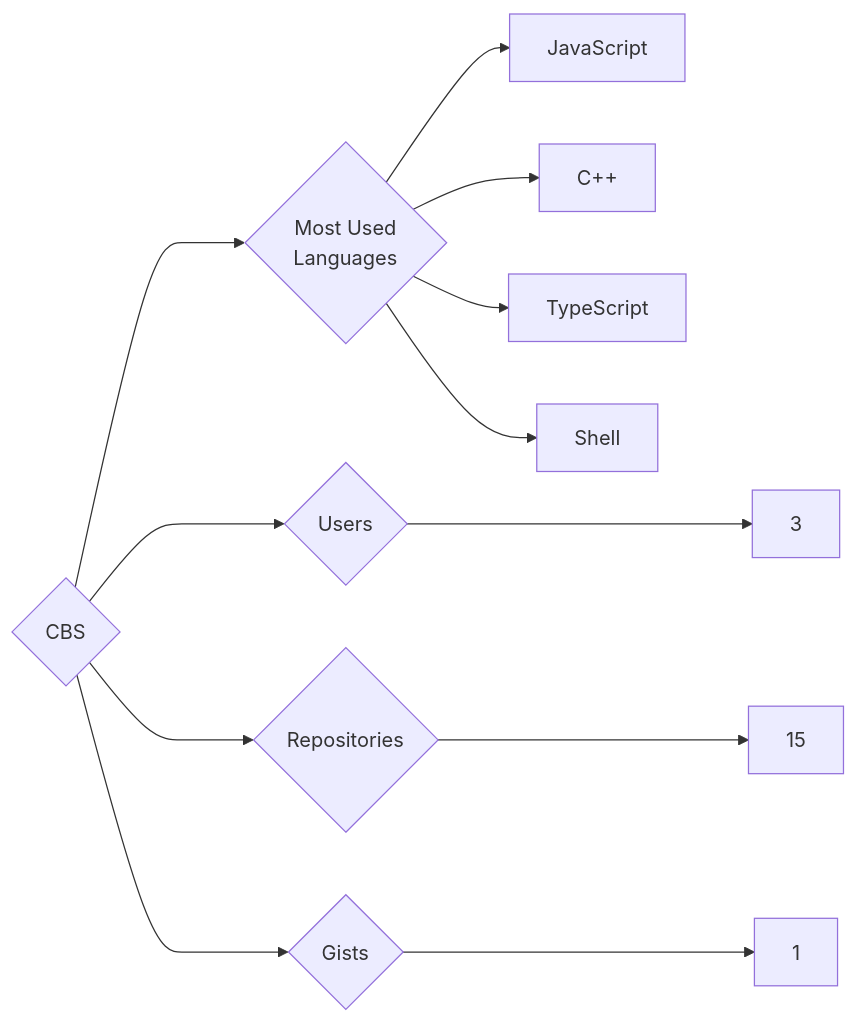
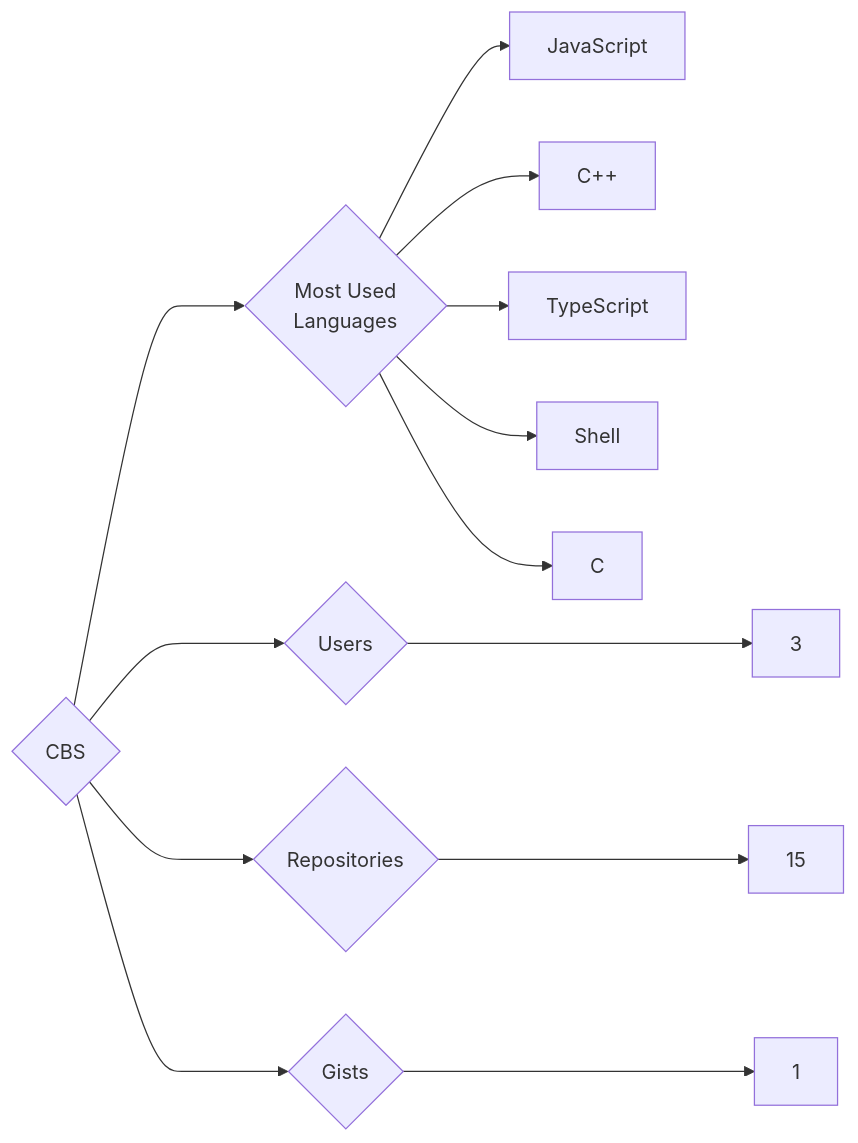
The diagram in targets/CBS/README.md (trickest/insiders), drawn with Mermaid before and after one commit. The commit also changed 1055 other files, not shown here.

````diff
--- a/targets/CBS/README.md
+++ b/targets/CBS/README.md
@@ -3,12 +3,13 @@
 ```mermaid
 graph LR
 COMPANY_NAME{CBS}
 COMPANY_NAME ---> U{Users} ---> UN[3]
 COMPANY_NAME ---> R{Repositories} ---> RN[15]
 COMPANY_NAME ---> G{Gists} ---> GN[1]
 COMPANY_NAME ---> ML{Most Used<br>Languages}
 ML --> JavaScript[JavaScript]
 ML --> C++[C++]
 ML --> TypeScript[TypeScript]
 ML --> Shell[Shell]
+ML --> C[C]
 ```
````
